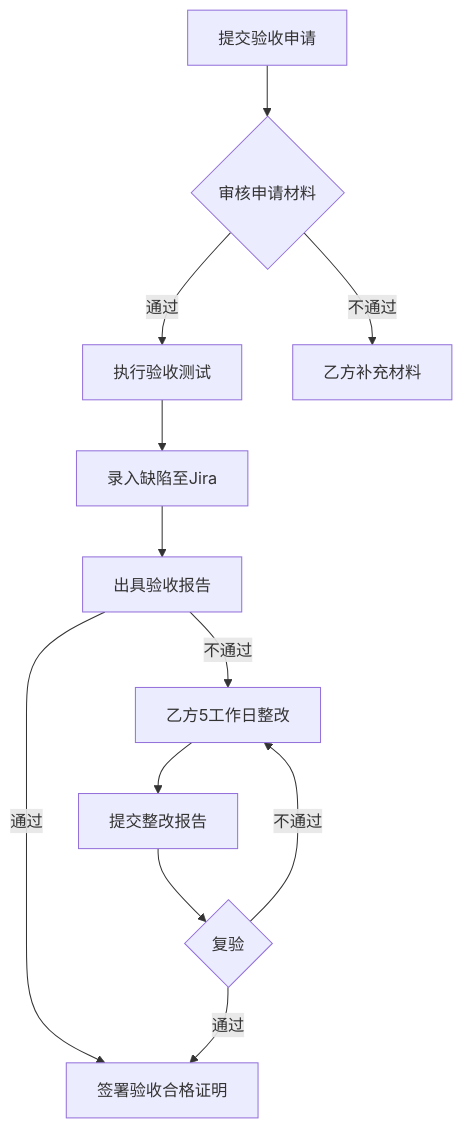
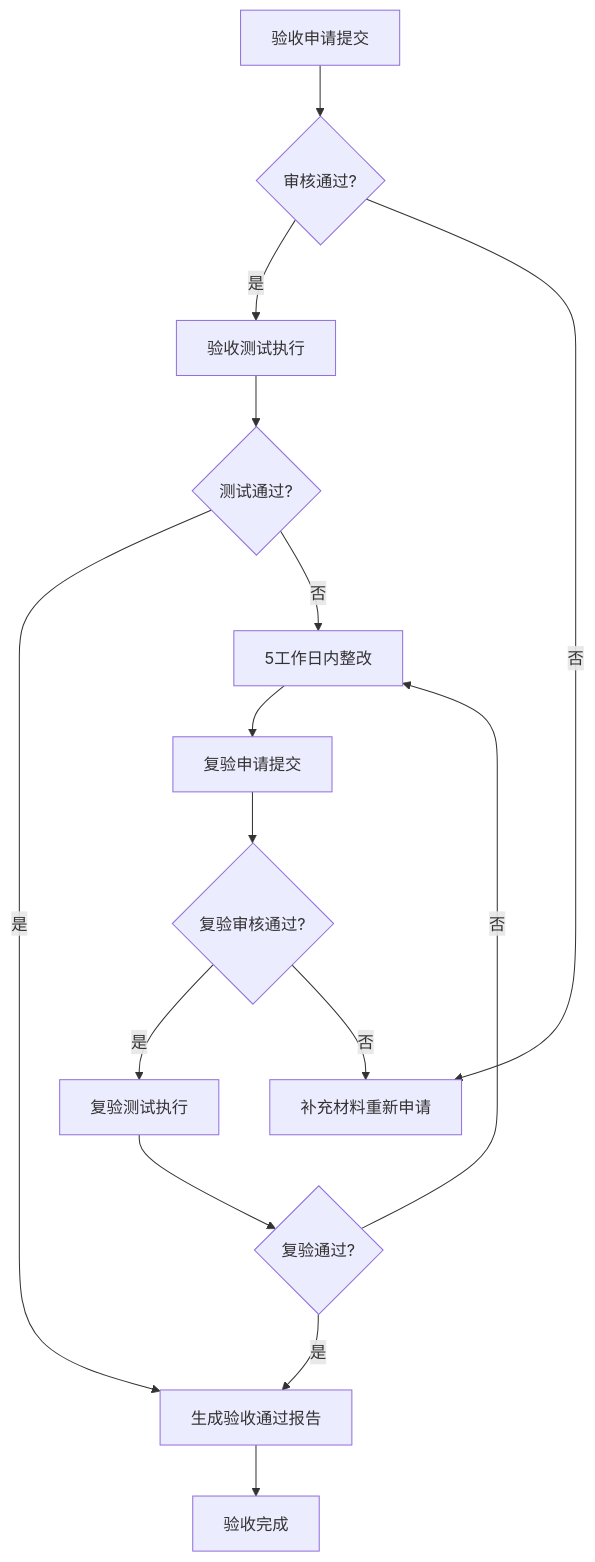
The third of 4 diagrams in outputs/content.md (chaixh/KKTBAI), drawn with Mermaid before and after one commit. The commit also changed other lines of this file and 20 other files, not shown here.

````diff
--- a/outputs/content.md
+++ b/outputs/content.md
@@ -323,14 +421,17 @@
 ```mermaid
 flowchart TD
-    A[提交验收申请] --> B{审核申请材料}
-    B -->|通过| C[执行验收测试]
-    B -->|不通过| D[乙方补充材料]
-    C --> E[录入缺陷至Jira]
-    E --> F[出具验收报告]
-    F -->|通过| G[签署验收合格证明]
-    F -->|不通过| H[乙方5工作日整改]
-    H --> I[提交整改报告]
-    I --> J{复验}
-    J -->|通过| G
-    J -->|不通过| H
-```  
+    A[验收申请提交] --> B{审核通过?}
+    B -->|是| C[验收测试执行]
+    B -->|否| D[补充材料重新申请]
+    C --> E{测试通过?}
+    E -->|是| F[生成验收通过报告]
+    E -->|否| G[5工作日内整改]
+    G --> H[复验申请提交]
+    H --> I{复验审核通过?}
+    I -->|是| J[复验测试执行]
+    I -->|否| D
+    J --> K{复验通过?}
+    K -->|是| F
+    K -->|否| G
+    F --> L[验收完成]
+```
````
